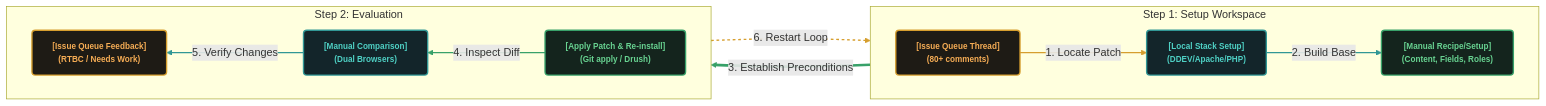
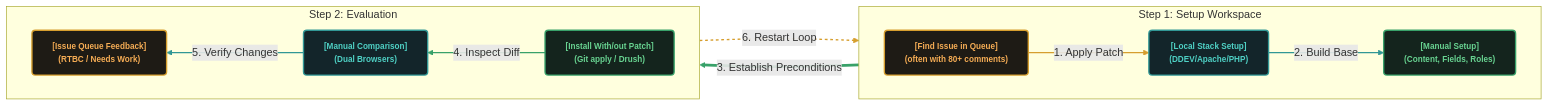
The first of 2 diagrams in Drupal-issue-queue.md (mgifford/mermaid-graphs), drawn with Mermaid before and after one commit. The commit also changed other lines of this file, not shown here.

````diff
--- a/Drupal-issue-queue.md
+++ b/Drupal-issue-queue.md
@@ -5,43 +5,43 @@
 ```mermaid
 flowchart LR
     %% Define Global Styles
     classDef phaseBox fill:#1e1b15,stroke:#D69E2E,stroke-width:2px,color:#F6AD55,font-size:12px,font-weight:bold,rx:5px,ry:5px;
     classDef phaseBoxCyan fill:#13252a,stroke:#319795,stroke-width:2px,color:#4FD1C5,font-size:12px,font-weight:bold,rx:5px,ry:5px;
     classDef phaseBoxGreen fill:#14241d,stroke:#38A169,stroke-width:2px,color:#68D391,font-size:12px,font-weight:bold,rx:5px,ry:5px;
 
     %% ROW 1 (Setup Workspace): Left-to-Right Horizontal Group
     subgraph Row1 [Step 1: Setup Workspace]
         direction LR
-        Node1["[Issue Queue Thread]<br/>(80+ comments)"]:::phaseBox
+        Node1["[Find Issue in Queue]<br/>(often with 80+ comments)"]:::phaseBox
         Node2["[Local Stack Setup]<br/>(DDEV/Apache/PHP)"]:::phaseBoxCyan
-        Node3["[Manual Recipe/Setup]<br/>(Content, Fields, Roles)"]:::phaseBoxGreen
+        Node3["[Manual Setup]<br/>(Content, Fields, Roles)"]:::phaseBoxGreen
 
-        Node1 -->|1. Locate Patch| Node2
+        Node1 -->|1. Apply Patch| Node2
         Node2 -->|2. Build Base| Node3
     end
 
     %% Step down transition between Row 1 and Row 2
     Node3 ==>|3. Establish Preconditions| Node4
 
     %% ROW 2 (Evaluation): Right-to-Left Horizontal Group (reverted to maintain loop)
     subgraph Row2 [Step 2: Evaluation]
         direction RL
         Node6["[Issue Queue Feedback]<br/>(RTBC / Needs Work)"]:::phaseBox
         Node5["[Manual Comparison]<br/>(Dual Browsers)"]:::phaseBoxCyan
-        Node4["[Apply Patch & Re-install]<br/>(Git apply / Drush)"]:::phaseBoxGreen
+        Node4["[Install With/out Patch]<br/>(Git apply / Drush)"]:::phaseBoxGreen
 
         Node4 -->|4. Inspect Diff| Node5
         Node5 -->|5. Verify Changes| Node6
     end
 
     %% Visual feedback loop (Bottom Row back to Top Row)
     Node6 -.->|6. Restart Loop| Node1
 
     %% Styling Connections
     linkStyle 0 stroke:#D69E2E,stroke-width:2px;
     linkStyle 1 stroke:#319795,stroke-width:2px;
     linkStyle 2 stroke:#38A169,stroke-width:4px;
     linkStyle 3 stroke:#38A169,stroke-width:2px;
     linkStyle 4 stroke:#319795,stroke-width:2px;
     linkStyle 5 stroke:#D69E2E,stroke-width:2px,stroke-dasharray: 4 4;
 ```
````
